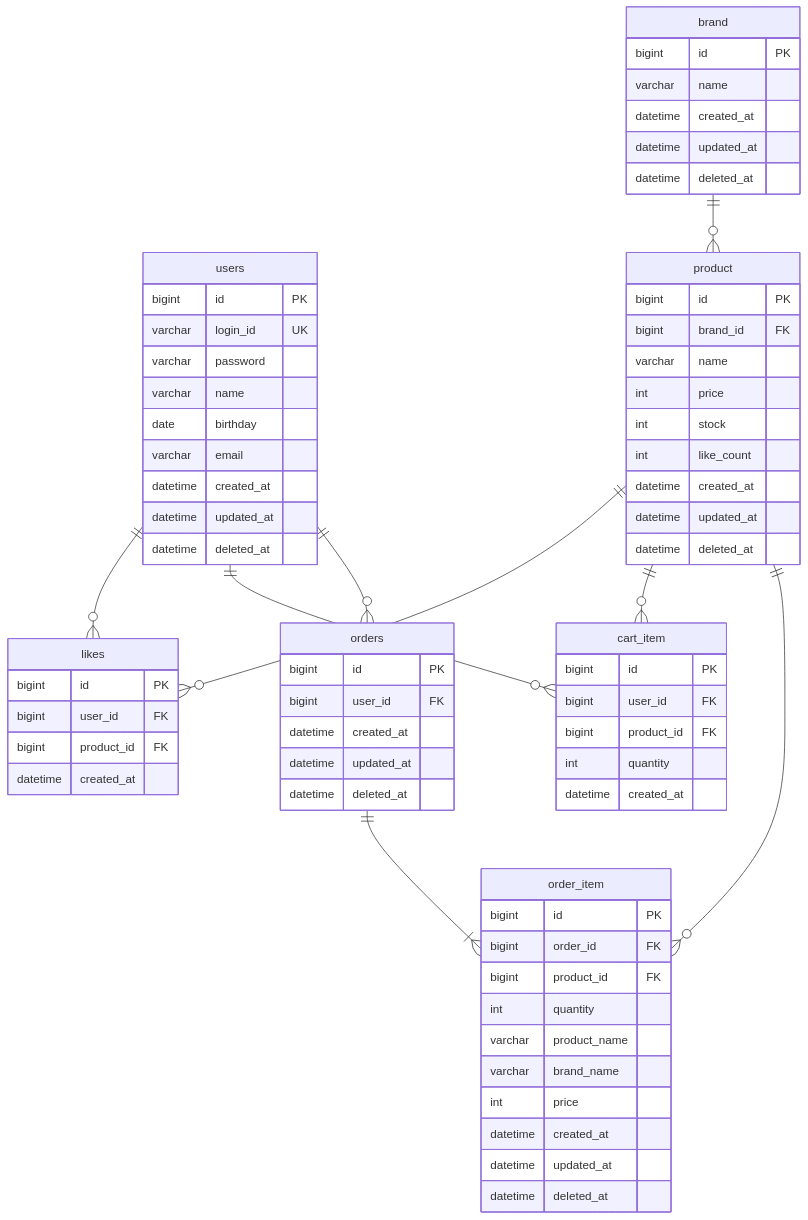
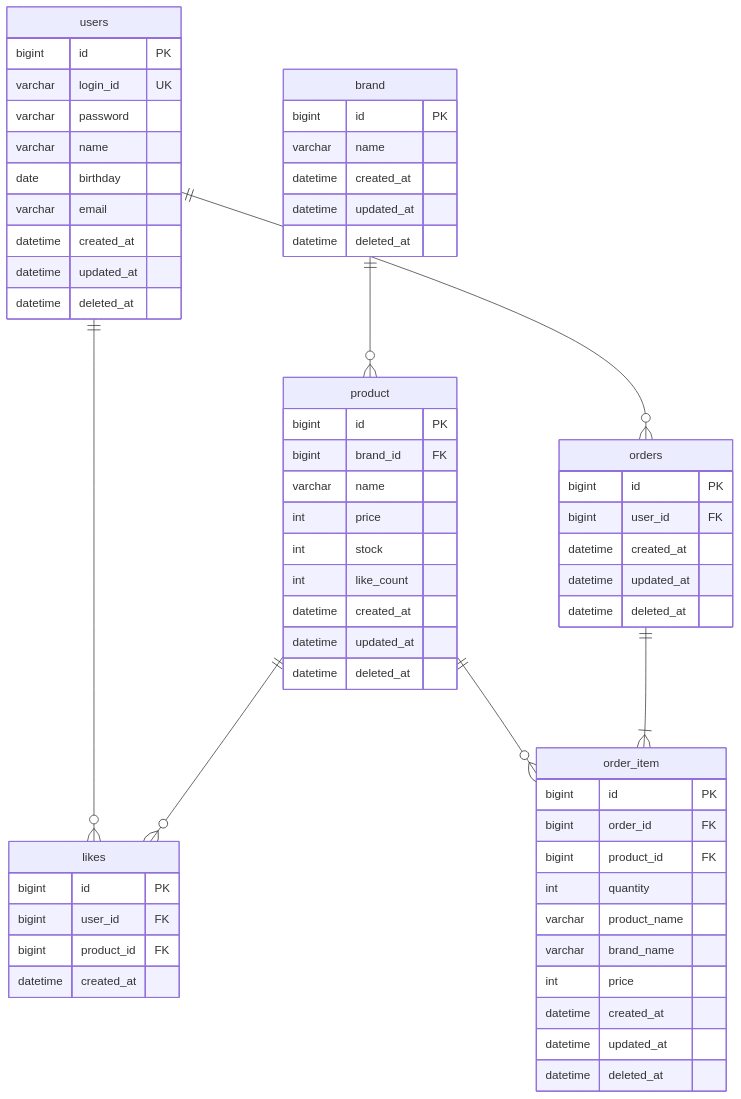
One commit to Loopers-dev-lab/loop-pack-be-l2-vol3-java changed the diagram in .docs/design/04-erd.md. Above: the diagram before and after it, drawn with Mermaid. The commit also changed other lines of this file and 3 other files, not shown here.

````diff
--- a/.docs/design/04-erd.md
+++ b/.docs/design/04-erd.md
@@ -13,79 +13,69 @@
 ```mermaid
 erDiagram
     users {
         bigint id PK
         varchar login_id UK
         varchar password
         varchar name
         date birthday
         varchar email
         datetime created_at
         datetime updated_at
         datetime deleted_at
     }
 
     brand {
         bigint id PK
         varchar name
         datetime created_at
         datetime updated_at
         datetime deleted_at
     }
 
     product {
         bigint id PK
         bigint brand_id FK
         varchar name
         int price
         int stock
         int like_count
         datetime created_at
         datetime updated_at
         datetime deleted_at
     }
 
     likes {
         bigint id PK
         bigint user_id FK
         bigint product_id FK
         datetime created_at
     }
 
-    cart_item {
-        bigint id PK
-        bigint user_id FK
-        bigint product_id FK
-        int quantity
-        datetime created_at
-    }
-
     orders {
         bigint id PK
         bigint user_id FK
         datetime created_at
         datetime updated_at
         datetime deleted_at
     }
 
     order_item {
         bigint id PK
         bigint order_id FK
         bigint product_id FK
         int quantity
         varchar product_name
         varchar brand_name
         int price
         datetime created_at
         datetime updated_at
         datetime deleted_at
     }
 
     users ||--o{ likes : ""
-    users ||--o{ cart_item : ""
     users ||--o{ orders : ""
     brand ||--o{ product : ""
     product ||--o{ likes : ""
-    product ||--o{ cart_item : ""
     product ||--o{ order_item : ""
     orders ||--|{ order_item : ""
 ```
````
